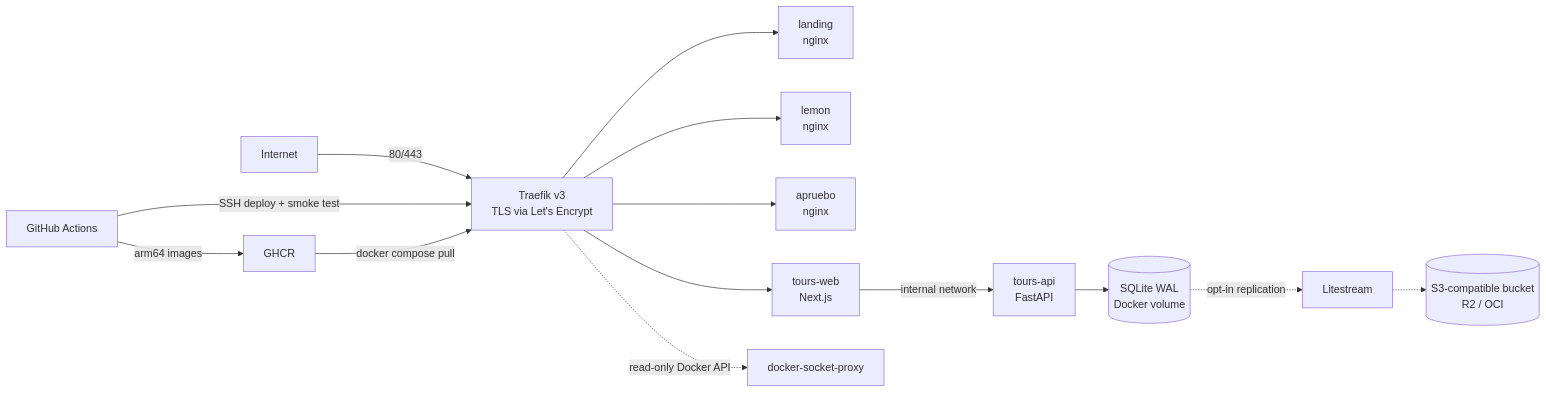
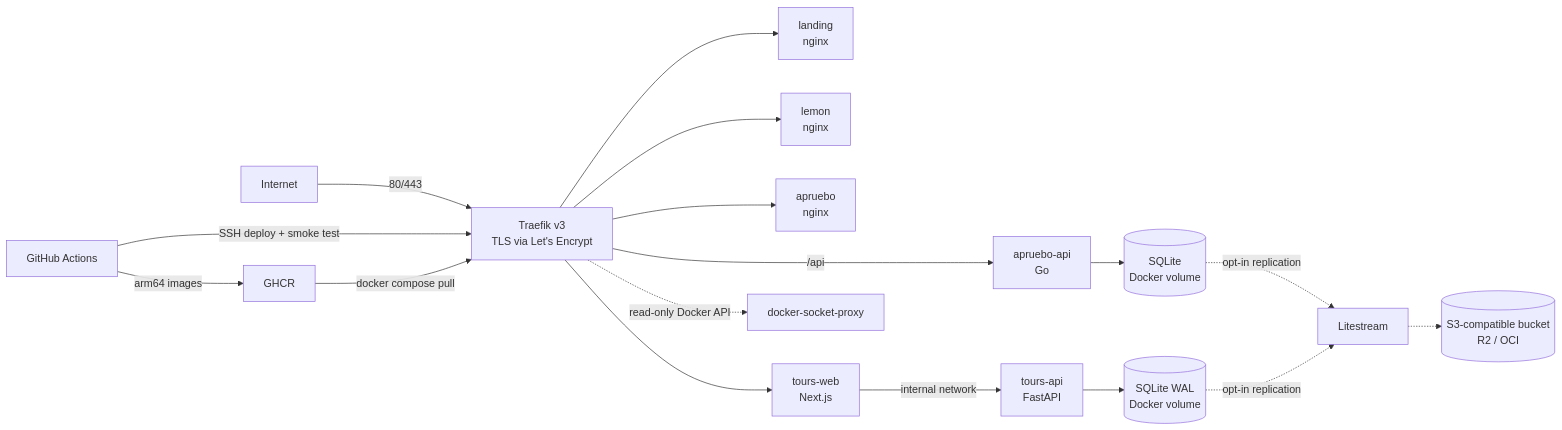
The diagram in README.md (Jaed69/luciel-platform), drawn with Mermaid before and after one commit. The commit also changed other lines of this file and 4 other files, not shown here.

Commit message:
feat(apruebo): run the accounts API under /api with its own volume and backup

````diff
--- a/README.md
+++ b/README.md
@@ -22,17 +22,20 @@
 ```mermaid
 flowchart LR
     U[Internet] -->|80/443| T[Traefik v3<br/>TLS via Let's Encrypt]
     T --> L[landing<br/>nginx]
     T --> M[lemon<br/>nginx]
     T --> Q[apruebo<br/>nginx]
+    T -->|/api| QA[apruebo-api<br/>Go]
+    QA --> QD[(SQLite<br/>Docker volume)]
+    QD -.->|opt-in replication| B
     T --> W[tours-web<br/>Next.js]
     W -->|internal network| A[tours-api<br/>FastAPI]
     A --> D[(SQLite WAL<br/>Docker volume)]
     D -.->|opt-in replication| B[Litestream]
     B -.-> R[(S3-compatible bucket<br/>R2 / OCI)]
     T -.->|read-only Docker API| P[docker-socket-proxy]
 
     GH[GitHub Actions] -->|arm64 images| G[GHCR]
     GH -->|SSH deploy + smoke test| T
     G -->|docker compose pull| T
 ```
````
